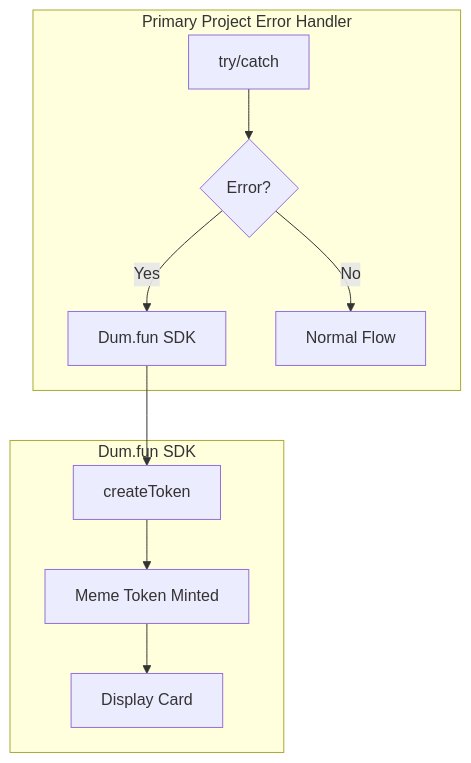
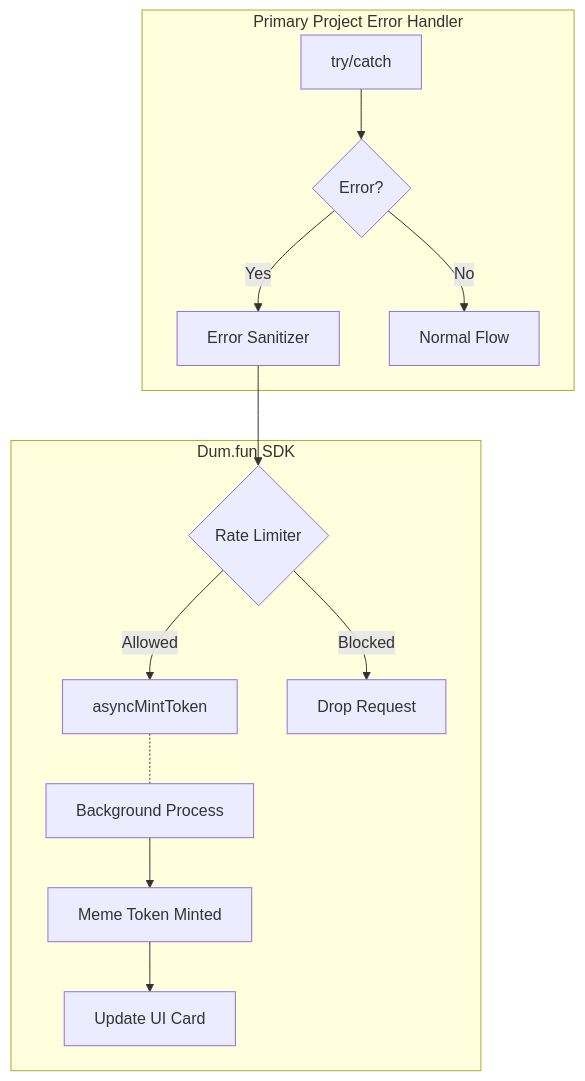
One commit to edycutjong/ducope changed the diagram in docs/ARCHITECTURE.md. Above: the diagram before and after it, drawn with Mermaid. The commit also changed other lines of this file and 6 other files, not shown here.

Commit message:
feat: implement rate-limited async token minting and error sanitization for the SDK

````diff
--- a/docs/ARCHITECTURE.md
+++ b/docs/ARCHITECTURE.md
@@ -5,14 +5,17 @@
 ```mermaid
 graph TB
     subgraph Primary["Primary Project Error Handler"]
         A[try/catch] --> B{Error?}
-        B -->|Yes| C[Dum.fun SDK]
+        B -->|Yes| C[Error Sanitizer]
         B -->|No| D[Normal Flow]
     end
 
     subgraph DumFun["Dum.fun SDK"]
-        C --> E[createToken]
-        E --> F[Meme Token Minted]
-        F --> G[Display Card]
+        C --> E{Rate Limiter}
+        E -->|Allowed| F[asyncMintToken]
+        E -->|Blocked| H[Drop Request]
+        F -.- I[Background Process]
+        I --> J[Meme Token Minted]
+        J --> K[Update UI Card]
     end
 ```
````
